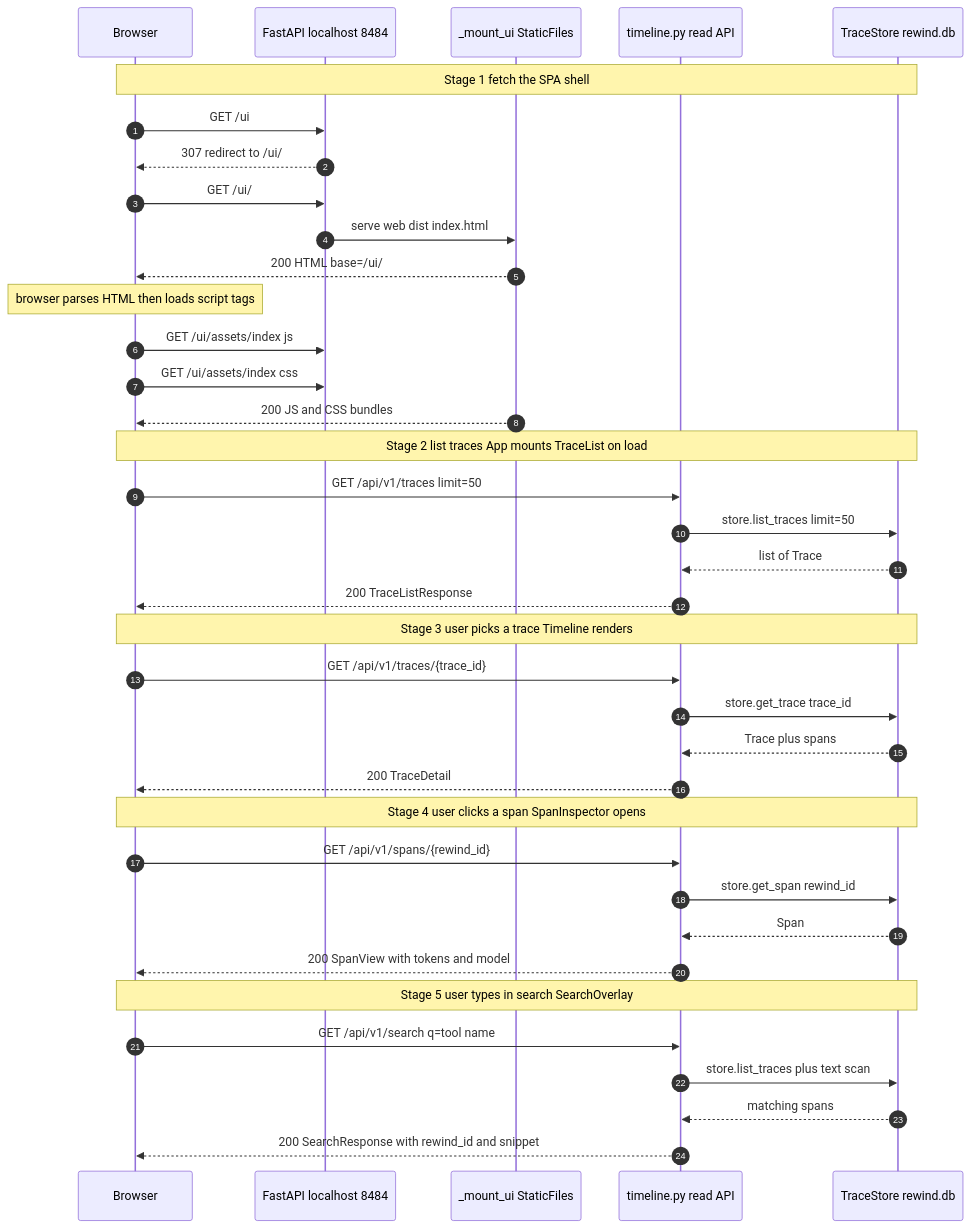
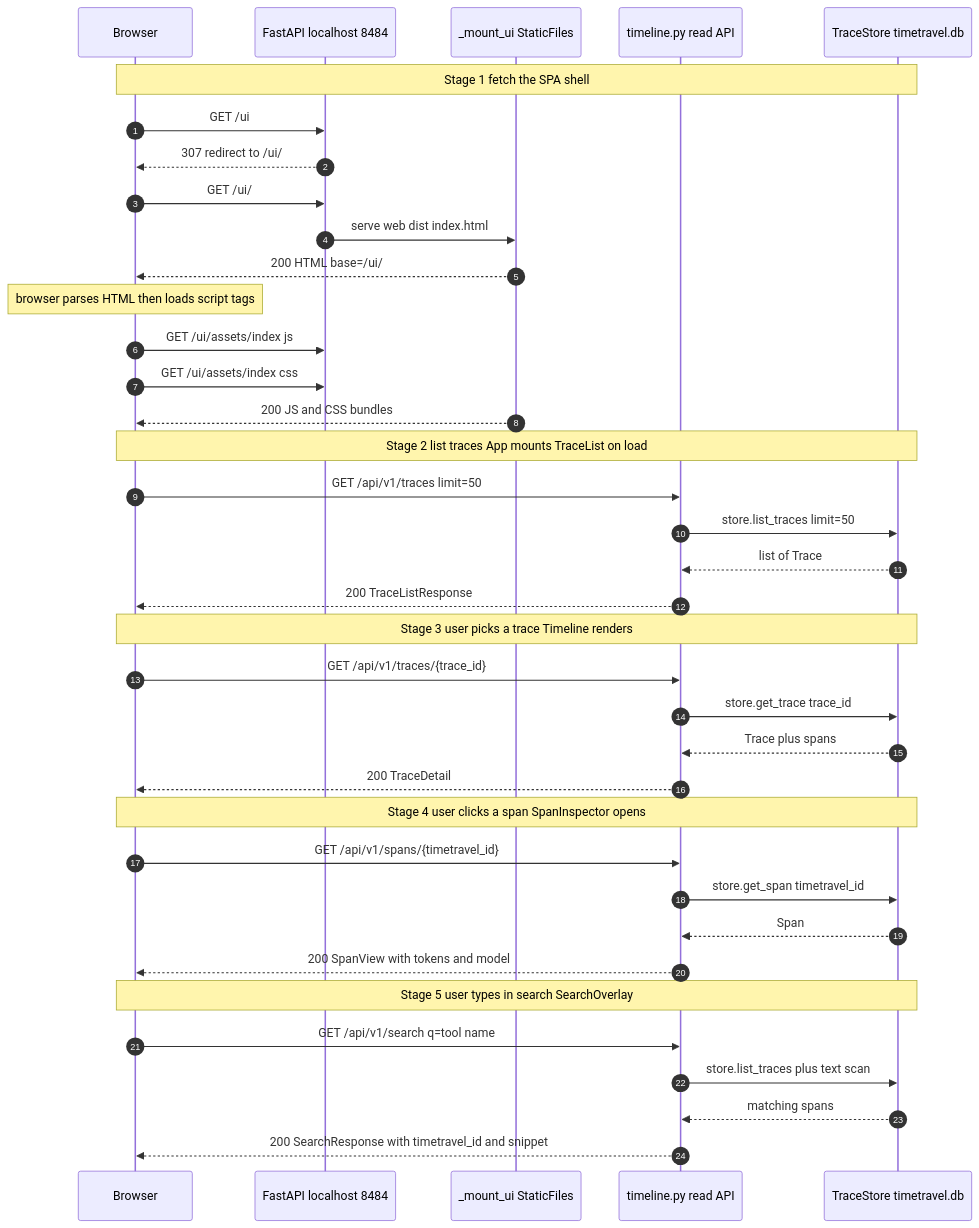
Before and after one commit to akshay-mp/Rewind: the second of 3 diagrams in docs/phases/phase-2.md, drawn with Mermaid. The commit also changed other lines of this file and 244 other files, not shown here.

````diff
--- a/docs/phases/phase-2.md
+++ b/docs/phases/phase-2.md
@@ -206,44 +206,44 @@
 ```mermaid
 sequenceDiagram
     autonumber
     participant U as Browser
     participant S as FastAPI localhost 8484
     participant M as _mount_ui StaticFiles
     participant T as timeline.py read API
-    participant D as TraceStore rewind.db
+    participant D as TraceStore timetravel.db
 
     Note over U,D: Stage 1 fetch the SPA shell
     U->>S: GET /ui
     S-->>U: 307 redirect to /ui/
     U->>S: GET /ui/
     S->>M: serve web dist index.html
     M-->>U: 200 HTML base=/ui/
     Note over U: browser parses HTML then loads script tags
     U->>S: GET /ui/assets/index js
     U->>S: GET /ui/assets/index css
     M-->>U: 200 JS and CSS bundles
 
     Note over U,D: Stage 2 list traces App mounts TraceList on load
     U->>T: GET /api/v1/traces limit=50
     T->>D: store.list_traces limit=50
     D-->>T: list of Trace
     T-->>U: 200 TraceListResponse
 
     Note over U,D: Stage 3 user picks a trace Timeline renders
     U->>T: GET /api/v1/traces/{trace_id}
     T->>D: store.get_trace trace_id
     D-->>T: Trace plus spans
     T-->>U: 200 TraceDetail
 
     Note over U,D: Stage 4 user clicks a span SpanInspector opens
-    U->>T: GET /api/v1/spans/{rewind_id}
-    T->>D: store.get_span rewind_id
+    U->>T: GET /api/v1/spans/{timetravel_id}
+    T->>D: store.get_span timetravel_id
     D-->>T: Span
     T-->>U: 200 SpanView with tokens and model
 
     Note over U,D: Stage 5 user types in search SearchOverlay
     U->>T: GET /api/v1/search q=tool name
     T->>D: store.list_traces plus text scan
     D-->>T: matching spans
-    T-->>U: 200 SearchResponse with rewind_id and snippet
+    T-->>U: 200 SearchResponse with timetravel_id and snippet
 ```
````
